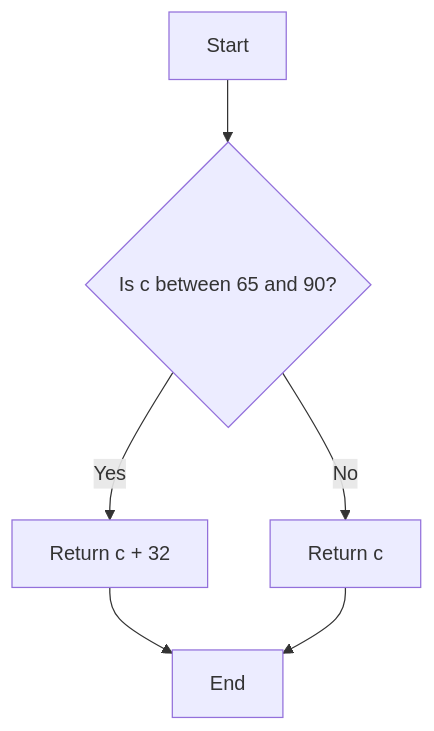
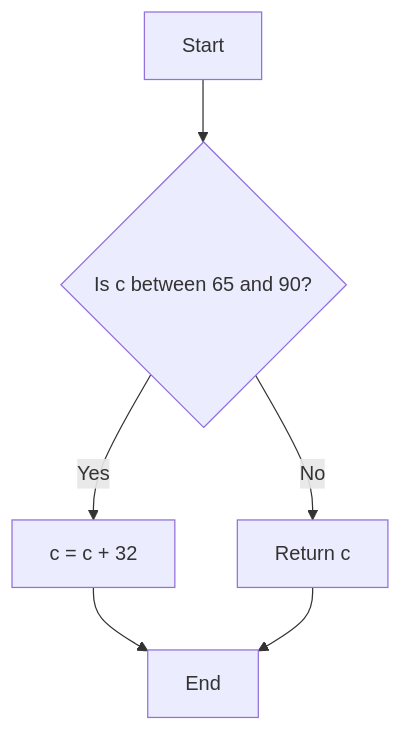
The seventh of 10 diagrams in Libft/GUIDE.md (mgrl39/42Project), drawn with Mermaid before and after one commit. The commit also changed other lines of this file, not shown here.

````diff
--- a/Libft/GUIDE.md
+++ b/Libft/GUIDE.md
@@ -192,8 +192,8 @@
 ```mermaid
 flowchart TD
     A[Start] --> B{Is c between 65 and 90?}
-    B -->|Yes| C[Return c + 32]
+    B -->|Yes| C[c = c + 32]
     B -->|No| D[Return c]
     C --> E[End]
     D --> E[End]
 ```
````
